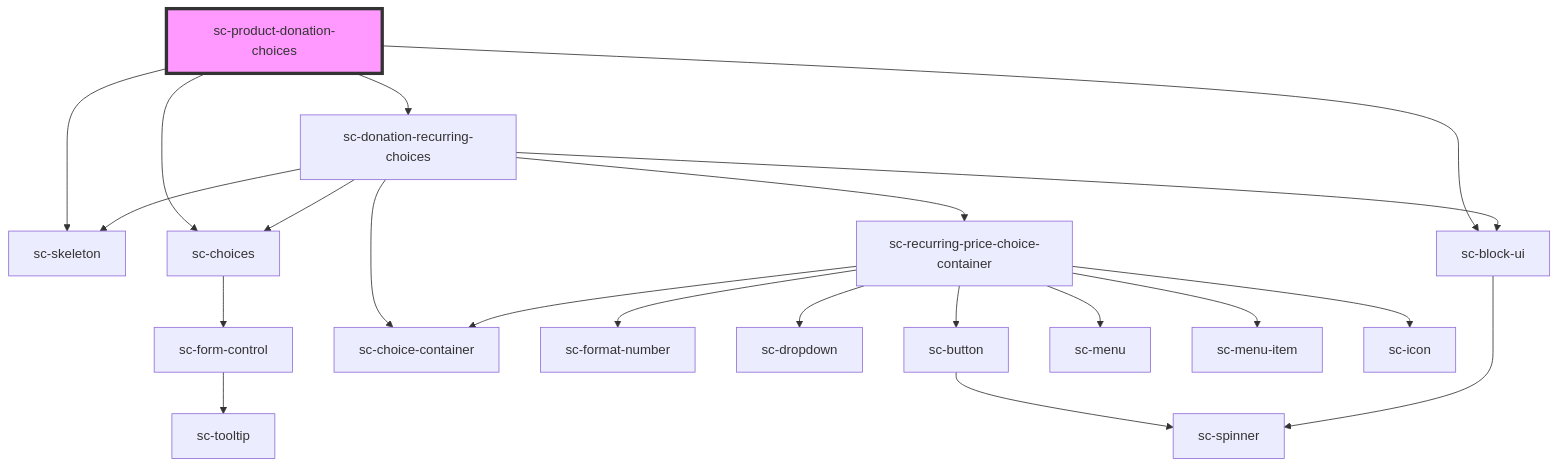
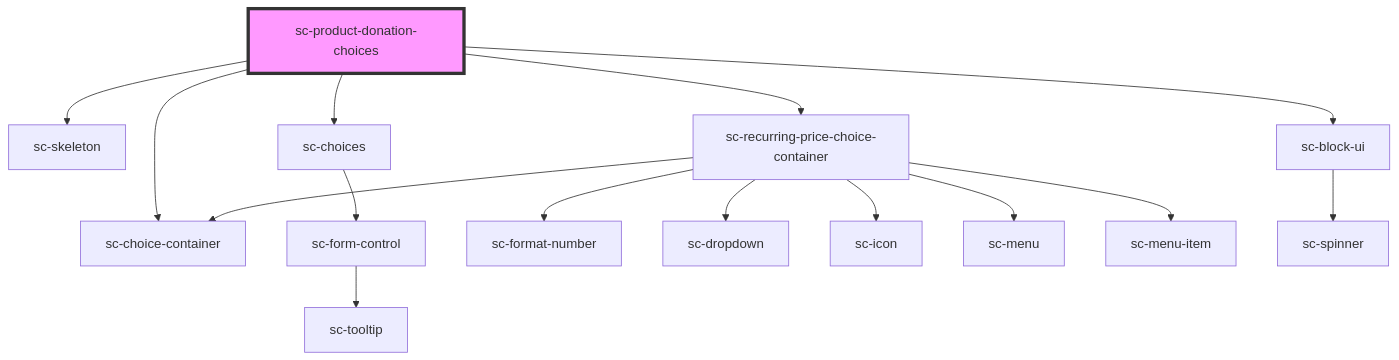
The diagram in packages/components/src/components/controllers/checkout-form/product-donation-choices/readme.md (surecart/surecart-wp-plugin), drawn with Mermaid before and after one commit. The commit also changed other lines of this file and 22 other files, not shown here.

````diff
--- a/packages/components/src/components/controllers/checkout-form/product-donation-choices/readme.md
+++ b/packages/components/src/components/controllers/checkout-form/product-donation-choices/readme.md
@@ -50,24 +53,18 @@
 ```mermaid
 graph TD;
   sc-product-donation-choices --> sc-skeleton
   sc-product-donation-choices --> sc-choices
-  sc-product-donation-choices --> sc-donation-recurring-choices
+  sc-product-donation-choices --> sc-recurring-price-choice-container
+  sc-product-donation-choices --> sc-choice-container
   sc-product-donation-choices --> sc-block-ui
   sc-choices --> sc-form-control
   sc-form-control --> sc-tooltip
-  sc-donation-recurring-choices --> sc-skeleton
-  sc-donation-recurring-choices --> sc-choices
-  sc-donation-recurring-choices --> sc-recurring-price-choice-container
-  sc-donation-recurring-choices --> sc-choice-container
-  sc-donation-recurring-choices --> sc-block-ui
   sc-recurring-price-choice-container --> sc-format-number
   sc-recurring-price-choice-container --> sc-choice-container
   sc-recurring-price-choice-container --> sc-dropdown
-  sc-recurring-price-choice-container --> sc-button
+  sc-recurring-price-choice-container --> sc-icon
   sc-recurring-price-choice-container --> sc-menu
   sc-recurring-price-choice-container --> sc-menu-item
-  sc-recurring-price-choice-container --> sc-icon
-  sc-button --> sc-spinner
   sc-block-ui --> sc-spinner
   style sc-product-donation-choices fill:#f9f,stroke:#333,stroke-width:4px
 ```
````
